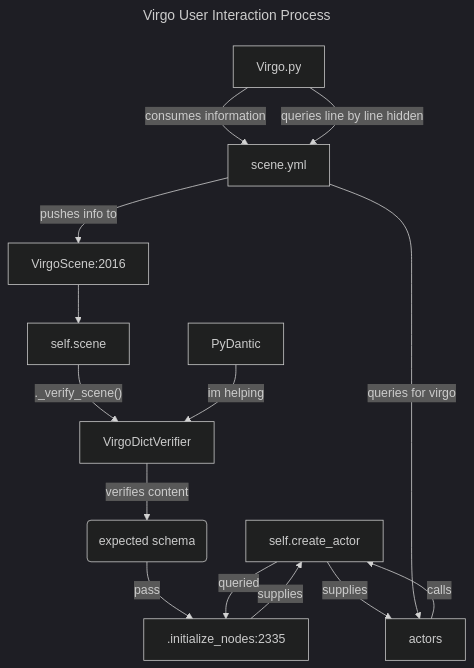
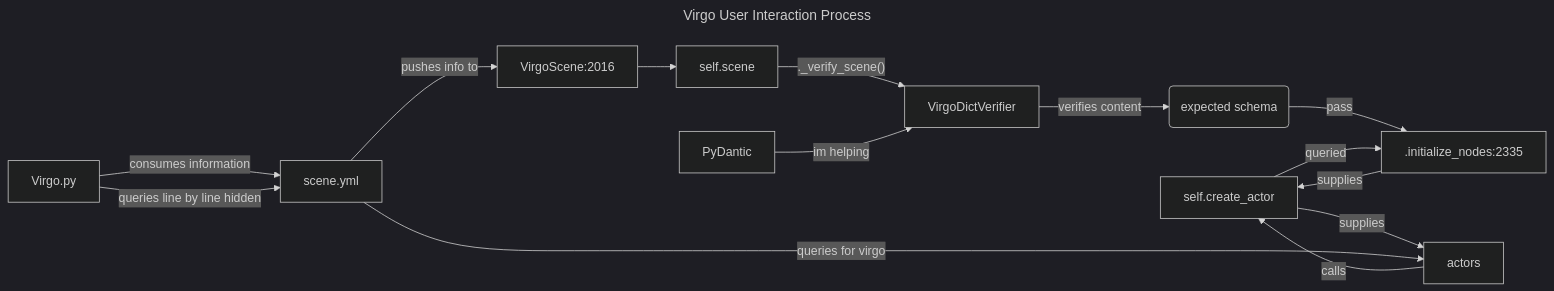
The second of 17 diagrams in Logs/esmlog.md (CheesiPapi/M_Arch), drawn with Mermaid (dark theme) before and after one commit. The commit also changed other lines of this file, not shown here.

````diff
--- a/Logs/esmlog.md
+++ b/Logs/esmlog.md
@@ -147,22 +147,22 @@
 ```mermaid
 ---
 title: Virgo User Interaction Process
 ---
-flowchart TD
+flowchart LR
   self.create_actor
   Virgo.py --consumes information--> scene.yml --pushes info to --> VirgoScene:2016  --> self.scene 
 
 
   self.scene --._verify_scene()--> VirgoDictVerifier
 
   PyDantic --"im helping"--> VirgoDictVerifier
 
   VirgoDictVerifier --verifies content--> id1(expected schema) --pass--> .initialize_nodes:2335 
 
 
   .initialize_nodes:2335 --supplies--> self.create_actor --queried-->.initialize_nodes:2335 
 
   actors --calls--> self.create_actor --supplies--> actors
 
   Virgo.py --queries line by line hidden--> scene.yml --queries for virgo --> actors
 ```
````
